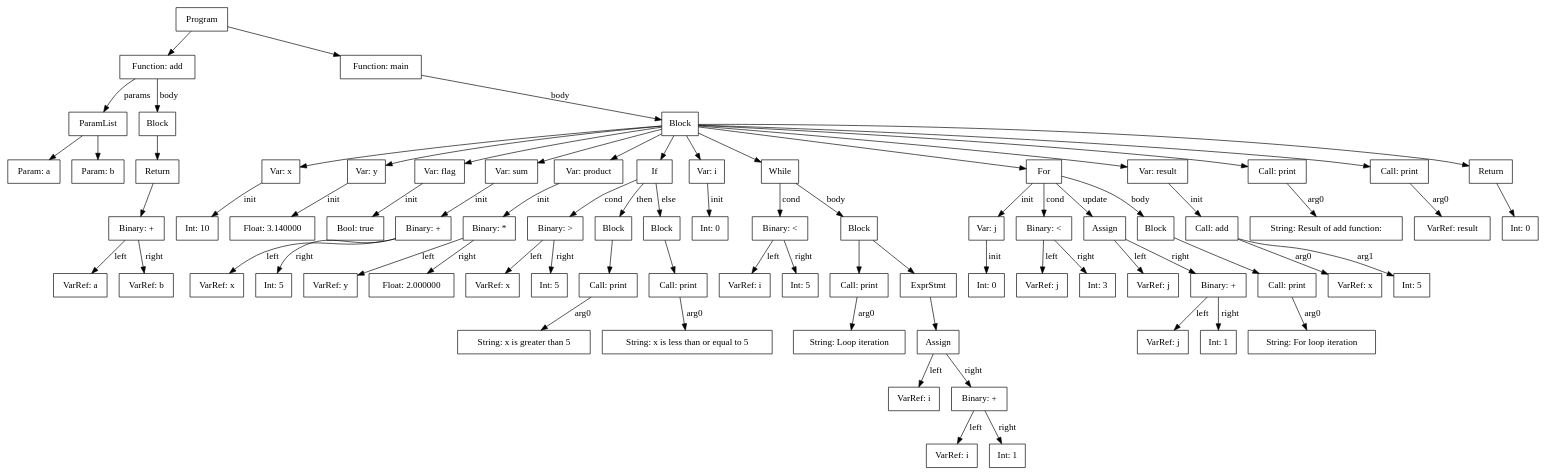
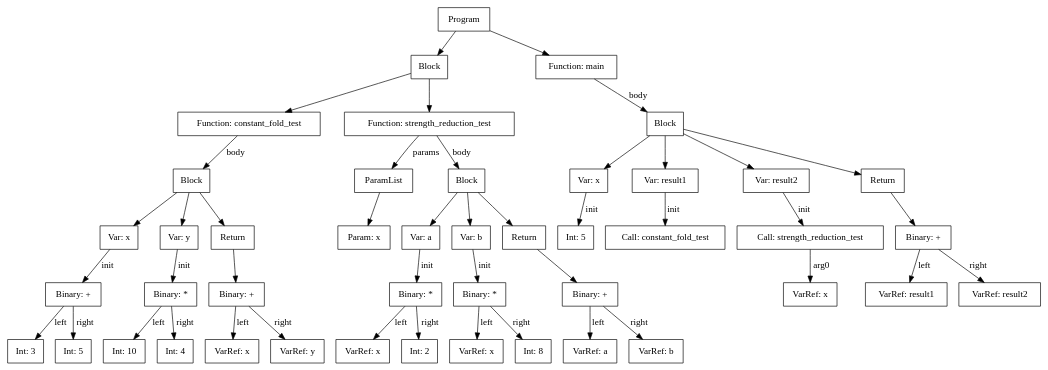
Before and after one commit to Faizan-26/C-Compiler: the diagram in ast.dot, drawn with Graphviz. The commit also changed 21 other files, not shown here.

```diff
--- a/ast.dot
+++ b/ast.dot
@@ -1,152 +1,92 @@
 digraph AST {
     node [shape=box];
-    node0x5e3a43500d80 [label="Program"];
-    node0x5e3a43500d80 -> node0x5e3a434feed0;
-    node0x5e3a434feed0 [label="Function: add"];
-    node0x5e3a434feed0 -> node0x5e3a434fe8f0 [label="params"];
-    node0x5e3a434fe8f0 [label="ParamList"];
-    node0x5e3a434fe8f0 -> node0x5e3a434fe8a0;
-    node0x5e3a434fe8a0 [label="Param: a"];
-    node0x5e3a434fe8f0 -> node0x5e3a434fec90;
-    node0x5e3a434fec90 [label="Param: b"];
-    node0x5e3a434feed0 -> node0x5e3a434fece0 [label="body"];
-    node0x5e3a434fece0 [label="Block"];
-    node0x5e3a434fece0 -> node0x5e3a434fee60;
-    node0x5e3a434fee60 [label="Return"];
-    node0x5e3a434fee60 -> node0x5e3a434fee10;
-    node0x5e3a434fee10 [label="Binary: +"];
-    node0x5e3a434fee10 -> node0x5e3a434fed50 [label="left"];
-    node0x5e3a434fee10 -> node0x5e3a434fedc0 [label="right"];
-    node0x5e3a434fed50 [label="VarRef: a"];
-    node0x5e3a434fedc0 [label="VarRef: b"];
-    node0x5e3a43500d80 -> node0x5e3a43500cc0;
-    node0x5e3a43500cc0 [label="Function: main"];
-    node0x5e3a43500cc0 -> node0x5e3a434fef40 [label="body"];
-    node0x5e3a434fef40 [label="Block"];
-    node0x5e3a434fef40 -> node0x5e3a434ff000;
-    node0x5e3a434ff000 [label="Var: x"];
-    node0x5e3a434ff000 -> node0x5e3a434fefb0 [label="init"];
-    node0x5e3a434fefb0 [label="Int: 10"];
-    node0x5e3a434fef40 -> node0x5e3a434ff0e0;
-    node0x5e3a434ff0e0 [label="Var: y"];
-    node0x5e3a434ff0e0 -> node0x5e3a434ff090 [label="init"];
-    node0x5e3a434ff090 [label="Float: 3.140000"];
-    node0x5e3a434fef40 -> node0x5e3a434ff1a0;
-    node0x5e3a434ff1a0 [label="Var: flag"];
-    node0x5e3a434ff1a0 -> node0x5e3a434ff150 [label="init"];
-    node0x5e3a434ff150 [label="Bool: true"];
-    node0x5e3a434fef40 -> node0x5e3a434ff320;
-    node0x5e3a434ff320 [label="Var: sum"];
-    node0x5e3a434ff320 -> node0x5e3a434ff2d0 [label="init"];
-    node0x5e3a434ff2d0 [label="Binary: +"];
-    node0x5e3a434ff2d0 -> node0x5e3a434ff230 [label="left"];
-    node0x5e3a434ff2d0 -> node0x5e3a434ff280 [label="right"];
-    node0x5e3a434ff230 [label="VarRef: x"];
-    node0x5e3a434ff280 [label="Int: 5"];
-    node0x5e3a434fef40 -> node0x5e3a434ff4b0;
-    node0x5e3a434ff4b0 [label="Var: product"];
-    node0x5e3a434ff4b0 -> node0x5e3a434ff460 [label="init"];
-    node0x5e3a434ff460 [label="Binary: *"];
-    node0x5e3a434ff460 -> node0x5e3a434ff3c0 [label="left"];
-    node0x5e3a434ff460 -> node0x5e3a434ff410 [label="right"];
-    node0x5e3a434ff3c0 [label="VarRef: y"];
-    node0x5e3a434ff410 [label="Float: 2.000000"];
-    node0x5e3a434fef40 -> node0x5e3a434ff900;
-    node0x5e3a434ff900 [label="If"];
-    node0x5e3a434ff900 -> node0x5e3a434ff5c0 [label="cond"];
-    node0x5e3a434ff900 -> node0x5e3a434ff610 [label="then"];
-    node0x5e3a434ff900 -> node0x5e3a434ff780 [label="else"];
-    node0x5e3a434ff780 [label="Block"];
-    node0x5e3a434ff780 -> node0x5e3a434ff850;
-    node0x5e3a434ff850 [label="Call: print"];
-    node0x5e3a434ff850 -> node0x5e3a434ff800 [label="arg0"];
-    node0x5e3a434ff800 [label="String: x is less than or equal to 5"];
-    node0x5e3a434ff5c0 [label="Binary: >"];
-    node0x5e3a434ff5c0 -> node0x5e3a434ff520 [label="left"];
-    node0x5e3a434ff5c0 -> node0x5e3a434ff570 [label="right"];
-    node0x5e3a434ff520 [label="VarRef: x"];
-    node0x5e3a434ff570 [label="Int: 5"];
-    node0x5e3a434ff610 [label="Block"];
-    node0x5e3a434ff610 -> node0x5e3a434ff6d0;
-    node0x5e3a434ff6d0 [label="Call: print"];
-    node0x5e3a434ff6d0 -> node0x5e3a434ff680 [label="arg0"];
-    node0x5e3a434ff680 [label="String: x is greater than 5"];
-    node0x5e3a434fef40 -> node0x5e3a434ffa00;
-    node0x5e3a434ffa00 [label="Var: i"];
-    node0x5e3a434ffa00 -> node0x5e3a434ff9b0 [label="init"];
-    node0x5e3a434ff9b0 [label="Int: 0"];
-    node0x5e3a434fef40 -> node0x5e3a434ffef0;
-    node0x5e3a434ffef0 [label="While"];
-    node0x5e3a434ffef0 -> node0x5e3a434ffb10 [label="cond"];
-    node0x5e3a434ffef0 -> node0x5e3a434ffb60 [label="body"];
-    node0x5e3a434ffb10 [label="Binary: <"];
-    node0x5e3a434ffb10 -> node0x5e3a434ffa70 [label="left"];
-    node0x5e3a434ffb10 -> node0x5e3a434ffac0 [label="right"];
-    node0x5e3a434ffa70 [label="VarRef: i"];
-    node0x5e3a434ffac0 [label="Int: 5"];
-    node0x5e3a434ffb60 [label="Block"];
-    node0x5e3a434ffb60 -> node0x5e3a434ffc20;
-    node0x5e3a434ffc20 [label="Call: print"];
-    node0x5e3a434ffc20 -> node0x5e3a434ffbd0 [label="arg0"];
-    node0x5e3a434ffbd0 [label="String: Loop iteration"];
-    node0x5e3a434ffb60 -> node0x5e3a434ffea0;
-    node0x5e3a434ffea0 [label="ExprStmt"];
-    node0x5e3a434ffea0 -> node0x5e3a434ffe50;
-    node0x5e3a434ffe50 [label="Assign"];
-    node0x5e3a434ffe50 -> node0x5e3a434ffcf0 [label="left"];
-    node0x5e3a434ffe50 -> node0x5e3a434ffe00 [label="right"];
-    node0x5e3a434ffcf0 [label="VarRef: i"];
-    node0x5e3a434ffe00 [label="Binary: +"];
-    node0x5e3a434ffe00 -> node0x5e3a434ffd60 [label="left"];
-    node0x5e3a434ffe00 -> node0x5e3a434ffdb0 [label="right"];
-    node0x5e3a434ffd60 [label="VarRef: i"];
-    node0x5e3a434ffdb0 [label="Int: 1"];
-    node0x5e3a434fef40 -> node0x5e3a435004a0;
-    node0x5e3a435004a0 [label="For"];
-    node0x5e3a435004a0 -> node0x5e3a43500000 [label="init"];
-    node0x5e3a43500000 [label="Var: j"];
-    node0x5e3a43500000 -> node0x5e3a434fffb0 [label="init"];
-    node0x5e3a434fffb0 [label="Int: 0"];
-    node0x5e3a435004a0 -> node0x5e3a43500110 [label="cond"];
-    node0x5e3a43500110 [label="Binary: <"];
-    node0x5e3a43500110 -> node0x5e3a43500070 [label="left"];
-    node0x5e3a43500110 -> node0x5e3a435000c0 [label="right"];
-    node0x5e3a43500070 [label="VarRef: j"];
-    node0x5e3a435000c0 [label="Int: 3"];
-    node0x5e3a435004a0 -> node0x5e3a435002e0 [label="update"];
-    node0x5e3a435002e0 [label="Assign"];
-    node0x5e3a435002e0 -> node0x5e3a43500180 [label="left"];
-    node0x5e3a435002e0 -> node0x5e3a43500290 [label="right"];
-    node0x5e3a43500180 [label="VarRef: j"];
-    node0x5e3a43500290 [label="Binary: +"];
-    node0x5e3a43500290 -> node0x5e3a435001f0 [label="left"];
-    node0x5e3a43500290 -> node0x5e3a43500240 [label="right"];
-    node0x5e3a435001f0 [label="VarRef: j"];
-    node0x5e3a43500240 [label="Int: 1"];
-    node0x5e3a435004a0 -> node0x5e3a43500330 [label="body"];
-    node0x5e3a43500330 [label="Block"];
-    node0x5e3a43500330 -> node0x5e3a435003f0;
-    node0x5e3a435003f0 [label="Call: print"];
-    node0x5e3a435003f0 -> node0x5e3a435003a0 [label="arg0"];
-    node0x5e3a435003a0 [label="String: For loop iteration"];
-    node0x5e3a434fef40 -> node0x5e3a43500970;
-    node0x5e3a43500970 [label="Var: result"];
-    node0x5e3a43500970 -> node0x5e3a435005f0 [label="init"];
-    node0x5e3a435005f0 [label="Call: add"];
-    node0x5e3a435005f0 -> node0x5e3a43500550 [label="arg0"];
-    node0x5e3a43500550 [label="VarRef: x"];
-    node0x5e3a435005f0 -> node0x5e3a435005a0 [label="arg1"];
-    node0x5e3a435005a0 [label="Int: 5"];
-    node0x5e3a434fef40 -> node0x5e3a43500a20;
-    node0x5e3a43500a20 [label="Call: print"];
-    node0x5e3a43500a20 -> node0x5e3a434fff40 [label="arg0"];
-    node0x5e3a434fff40 [label="String: Result of add function:"];
-    node0x5e3a434fef40 -> node0x5e3a43500b20;
-    node0x5e3a43500b20 [label="Call: print"];
-    node0x5e3a43500b20 -> node0x5e3a43500ad0 [label="arg0"];
-    node0x5e3a43500ad0 [label="VarRef: result"];
-    node0x5e3a434fef40 -> node0x5e3a43500c70;
-    node0x5e3a43500c70 [label="Return"];
-    node0x5e3a43500c70 -> node0x5e3a43500c20;
-    node0x5e3a43500c20 [label="Int: 0"];
+    node0x5be678ab0d30 [label="Program"];
+    node0x5be678ab0d30 -> node0x5be678ab03c0;
+    node0x5be678ab03c0 [label="Block"];
+    node0x5be678ab03c0 -> node0x5be678aafa20;
+    node0x5be678aafa20 [label="Function: constant_fold_test"];
+    node0x5be678aafa20 -> node0x5be678aaf570 [label="body"];
+    node0x5be678aaf570 [label="Block"];
+    node0x5be678aaf570 -> node0x5be678aaf6d0;
+    node0x5be678aaf6d0 [label="Var: x"];
+    node0x5be678aaf6d0 -> node0x5be678aaf680 [label="init"];
+    node0x5be678aaf680 [label="Binary: +"];
+    node0x5be678aaf680 -> node0x5be678aaf5e0 [label="left"];
+    node0x5be678aaf680 -> node0x5be678aaf630 [label="right"];
+    node0x5be678aaf5e0 [label="Int: 3"];
+    node0x5be678aaf630 [label="Int: 5"];
+    node0x5be678aaf570 -> node0x5be678aaf850;
+    node0x5be678aaf850 [label="Var: y"];
+    node0x5be678aaf850 -> node0x5be678aaf800 [label="init"];
+    node0x5be678aaf800 [label="Binary: *"];
+    node0x5be678aaf800 -> node0x5be678aaf760 [label="left"];
+    node0x5be678aaf800 -> node0x5be678aaf7b0 [label="right"];
+    node0x5be678aaf760 [label="Int: 10"];
+    node0x5be678aaf7b0 [label="Int: 4"];
+    node0x5be678aaf570 -> node0x5be678aaf9d0;
+    node0x5be678aaf9d0 [label="Return"];
+    node0x5be678aaf9d0 -> node0x5be678aaf980;
+    node0x5be678aaf980 [label="Binary: +"];
+    node0x5be678aaf980 -> node0x5be678aaf8c0 [label="left"];
+    node0x5be678aaf980 -> node0x5be678aaf930 [label="right"];
+    node0x5be678aaf8c0 [label="VarRef: x"];
+    node0x5be678aaf930 [label="VarRef: y"];
+    node0x5be678ab03c0 -> node0x5be678ab0370;
+    node0x5be678ab0370 [label="Function: strength_reduction_test"];
+    node0x5be678ab0370 -> node0x5be678aafb00 [label="params"];
+    node0x5be678aafb00 [label="ParamList"];
+    node0x5be678aafb00 -> node0x5be678aafab0;
+    node0x5be678aafab0 [label="Param: x"];
+    node0x5be678ab0370 -> node0x5be678aafe80 [label="body"];
+    node0x5be678aafe80 [label="Block"];
+    node0x5be678aafe80 -> node0x5be678ab0000;
+    node0x5be678ab0000 [label="Var: a"];
+    node0x5be678ab0000 -> node0x5be678aaffb0 [label="init"];
+    node0x5be678aaffb0 [label="Binary: *"];
+    node0x5be678aaffb0 -> node0x5be678aaff10 [label="left"];
+    node0x5be678aaffb0 -> node0x5be678aaff60 [label="right"];
+    node0x5be678aaff10 [label="VarRef: x"];
+    node0x5be678aaff60 [label="Int: 2"];
+    node0x5be678aafe80 -> node0x5be678ab01a0;
+    node0x5be678ab01a0 [label="Var: b"];
+    node0x5be678ab01a0 -> node0x5be678ab0150 [label="init"];
+    node0x5be678ab0150 [label="Binary: *"];
+    node0x5be678ab0150 -> node0x5be678ab00b0 [label="left"];
+    node0x5be678ab0150 -> node0x5be678ab0100 [label="right"];
+    node0x5be678ab00b0 [label="VarRef: x"];
+    node0x5be678ab0100 [label="Int: 8"];
+    node0x5be678aafe80 -> node0x5be678ab0320;
+    node0x5be678ab0320 [label="Return"];
+    node0x5be678ab0320 -> node0x5be678ab02d0;
+    node0x5be678ab02d0 [label="Binary: +"];
+    node0x5be678ab02d0 -> node0x5be678ab0210 [label="left"];
+    node0x5be678ab02d0 -> node0x5be678ab0280 [label="right"];
+    node0x5be678ab0210 [label="VarRef: a"];
+    node0x5be678ab0280 [label="VarRef: b"];
+    node0x5be678ab0d30 -> node0x5be678ab0c90;
+    node0x5be678ab0c90 [label="Function: main"];
+    node0x5be678ab0c90 -> node0x5be678ab0450 [label="body"];
+    node0x5be678ab0450 [label="Block"];
+    node0x5be678ab0450 -> node0x5be678ab0510;
+    node0x5be678ab0510 [label="Var: x"];
+    node0x5be678ab0510 -> node0x5be678ab04c0 [label="init"];
+    node0x5be678ab04c0 [label="Int: 5"];
+    node0x5be678ab0450 -> node0x5be678ab0610;
+    node0x5be678ab0610 [label="Var: result1"];
+    node0x5be678ab0610 -> node0x5be678ab05c0 [label="init"];
+    node0x5be678ab05c0 [label="Call: constant_fold_test"];
+    node0x5be678ab0450 -> node0x5be678ab0a90;
+    node0x5be678ab0a90 [label="Var: result2"];
+    node0x5be678ab0a90 -> node0x5be678ab0710 [label="init"];
+    node0x5be678ab0710 [label="Call: strength_reduction_test"];
+    node0x5be678ab0710 -> node0x5be678ab06c0 [label="arg0"];
+    node0x5be678ab06c0 [label="VarRef: x"];
+    node0x5be678ab0450 -> node0x5be678ab0c10;
+    node0x5be678ab0c10 [label="Return"];
+    node0x5be678ab0c10 -> node0x5be678ab0bc0;
+    node0x5be678ab0bc0 [label="Binary: +"];
+    node0x5be678ab0bc0 -> node0x5be678ab0b00 [label="left"];
+    node0x5be678ab0bc0 -> node0x5be678ab0b70 [label="right"];
+    node0x5be678ab0b00 [label="VarRef: result1"];
+    node0x5be678ab0b70 [label="VarRef: result2"];
 }
```
